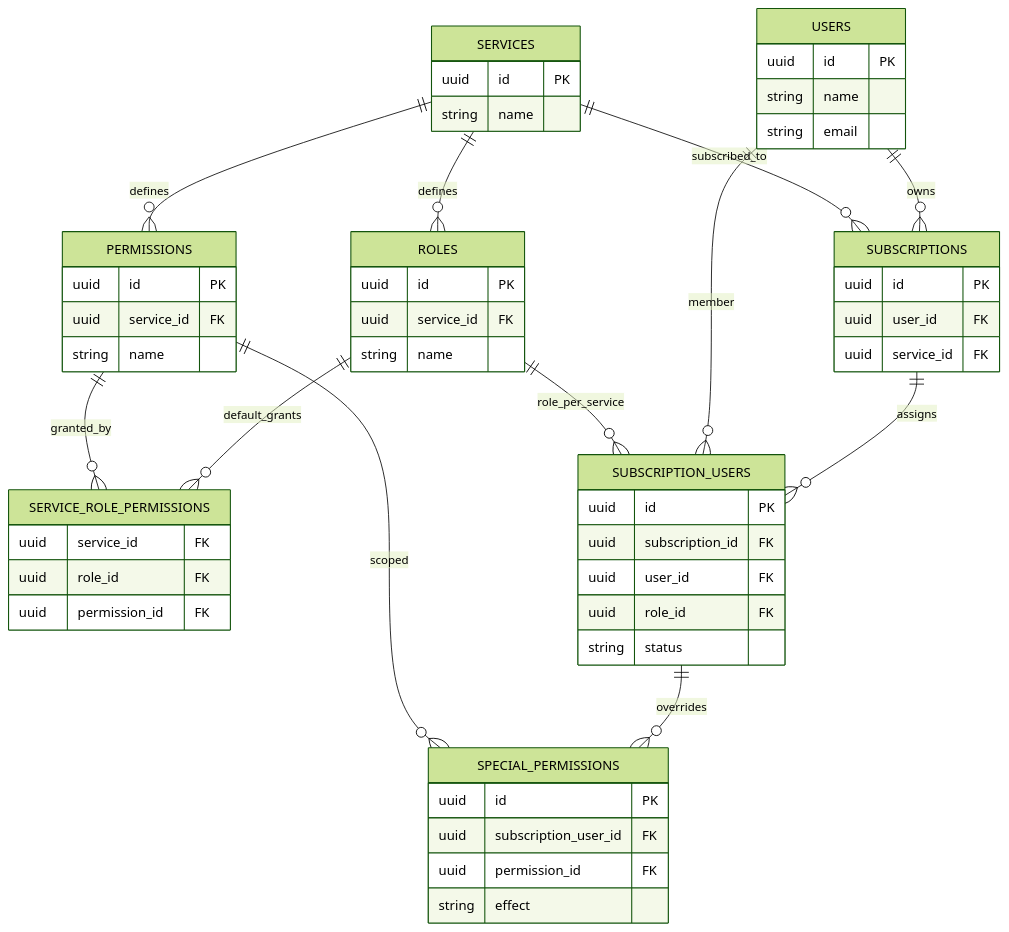
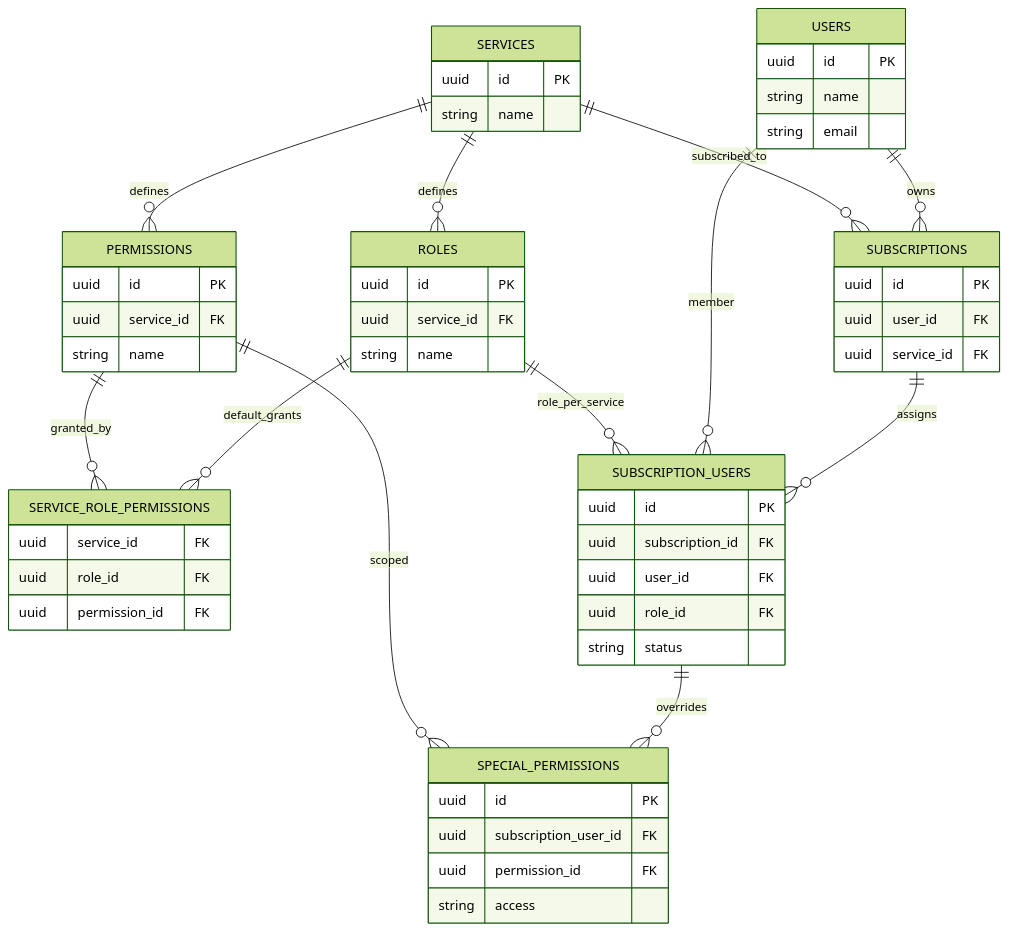
The second of 2 diagrams in docs/design/schema_design.md (krishnasPrat/usermanagement), drawn with Mermaid (forest theme) before and after one commit. The commit also changed other lines of this file and 6 other files, not shown here.

Commit message:
renamed effect to access

````diff
--- a/docs/design/schema_design.md
+++ b/docs/design/schema_design.md
@@ -26,68 +26,68 @@
 ```mermaid
 erDiagram
   USERS {
     uuid id PK
     string name
     string email
   }
 
   SERVICES {
     uuid id PK
     string name
   }
 
   ROLES {
     uuid id PK
     uuid service_id FK
     string name
   }
 
   PERMISSIONS {
     uuid id PK
     uuid service_id FK
     string name
   }
 
   SERVICE_ROLE_PERMISSIONS {
     uuid service_id FK
     uuid role_id FK
     uuid permission_id FK
   }
 
   SUBSCRIPTIONS {
     uuid id PK
     uuid user_id FK
     uuid service_id FK
   }
 
   SUBSCRIPTION_USERS {
     uuid id PK
     uuid subscription_id FK
     uuid user_id FK
     uuid role_id FK
     string status
   }
 
   SPECIAL_PERMISSIONS {
     uuid id PK
     uuid subscription_user_id FK
     uuid permission_id FK
-    string effect
+    string access
   }
 
   USERS ||--o{ SUBSCRIPTIONS : owns
   SERVICES ||--o{ SUBSCRIPTIONS : subscribed_to
 
   SERVICES ||--o{ ROLES : defines
   SERVICES ||--o{ PERMISSIONS : defines
 
   ROLES ||--o{ SERVICE_ROLE_PERMISSIONS : default_grants
   PERMISSIONS ||--o{ SERVICE_ROLE_PERMISSIONS : granted_by
 
   SUBSCRIPTIONS ||--o{ SUBSCRIPTION_USERS : assigns
   USERS ||--o{ SUBSCRIPTION_USERS : member
   ROLES ||--o{ SUBSCRIPTION_USERS : role_per_service
 
   SUBSCRIPTION_USERS ||--o{ SPECIAL_PERMISSIONS : overrides
   PERMISSIONS ||--o{ SPECIAL_PERMISSIONS : scoped
 ```
````
